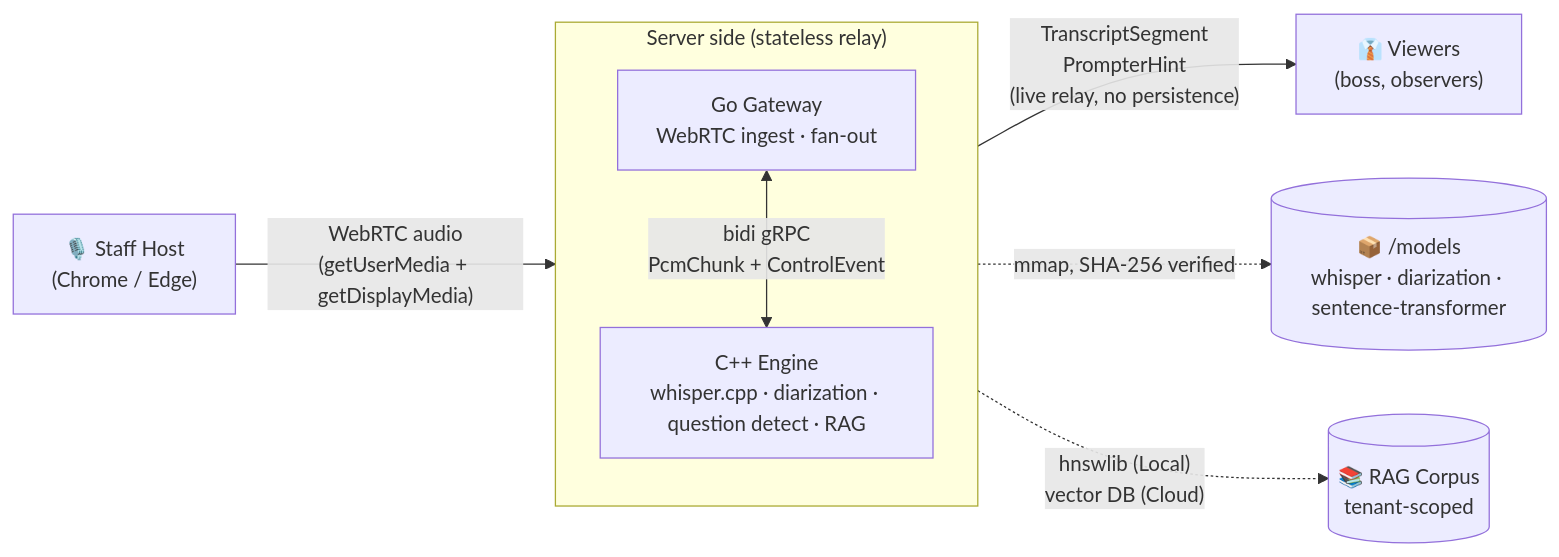
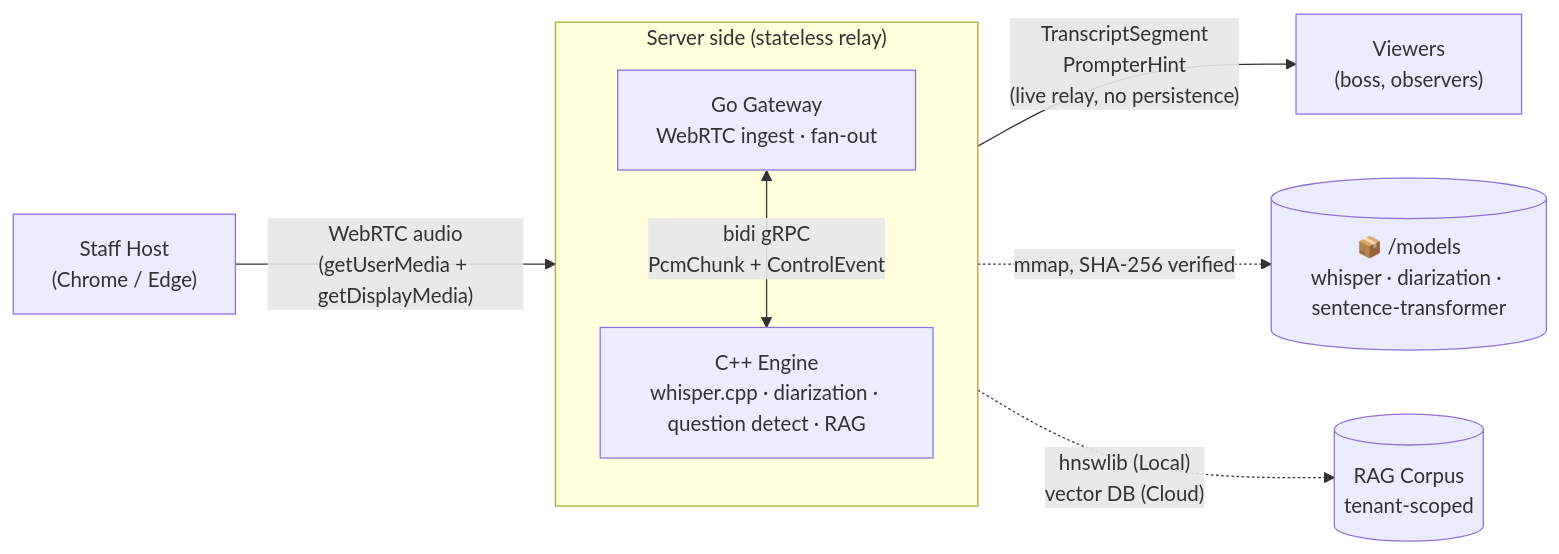
The second of 3 diagrams in README.md (BinHsu/aegis-core), drawn with Mermaid before and after one commit. The commit also changed other lines of this file and 24 other files, not shown here.

First line of the commit message:
docs: standardize README to portfolio skeleton + cross-repo links + OIDC diagram (#153)

````diff
--- a/README.md
+++ b/README.md
@@ -188,18 +140,18 @@
 ```mermaid
 flowchart LR
-    Staff["🎙️ Staff Host<br/>(Chrome / Edge)"]
-    Boss["👔 Viewers<br/>(boss, observers)"]
-    Corpus[("📚 RAG Corpus<br/>tenant-scoped")]
+    Staff["Staff Host<br/>(Chrome / Edge)"]
+    Boss["Viewers<br/>(boss, observers)"]
+    Corpus[("RAG Corpus<br/>tenant-scoped")]
 
     subgraph Backend["Server side (stateless relay)"]
         direction TB
         GW["Go Gateway<br/>WebRTC ingest · fan-out"]
         ENG["C++ Engine<br/>whisper.cpp · diarization · question detect · RAG"]
         GW <-->|"bidi gRPC<br/>PcmChunk + ControlEvent"| ENG
     end
 
     Staff -->|"WebRTC audio<br/>(getUserMedia + getDisplayMedia)"| GW
     GW -->|"TranscriptSegment<br/>PrompterHint<br/>(live relay, no persistence)"| Boss
     ENG -.->|"mmap, SHA-256 verified"| Models[("📦 /models<br/>whisper · diarization · sentence-transformer")]
     ENG -.->|"hnswlib (Local)<br/>vector DB (Cloud)"| Corpus
 ```
````
